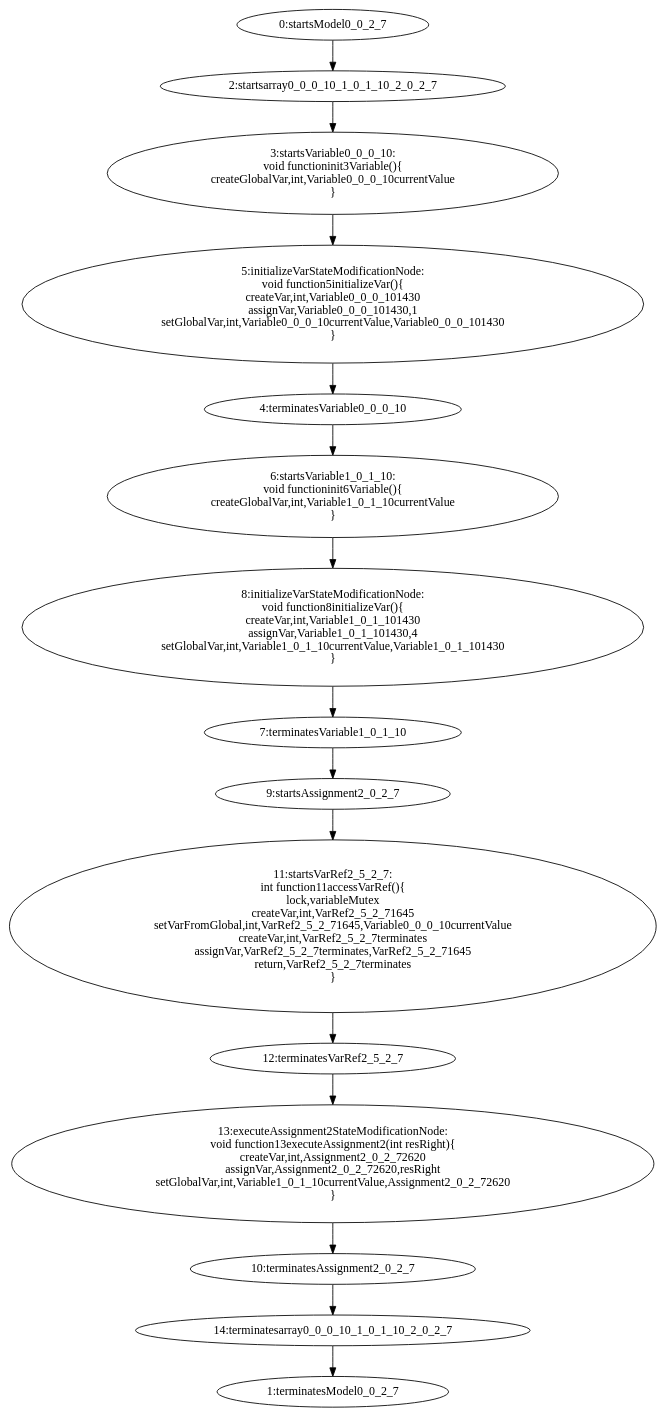
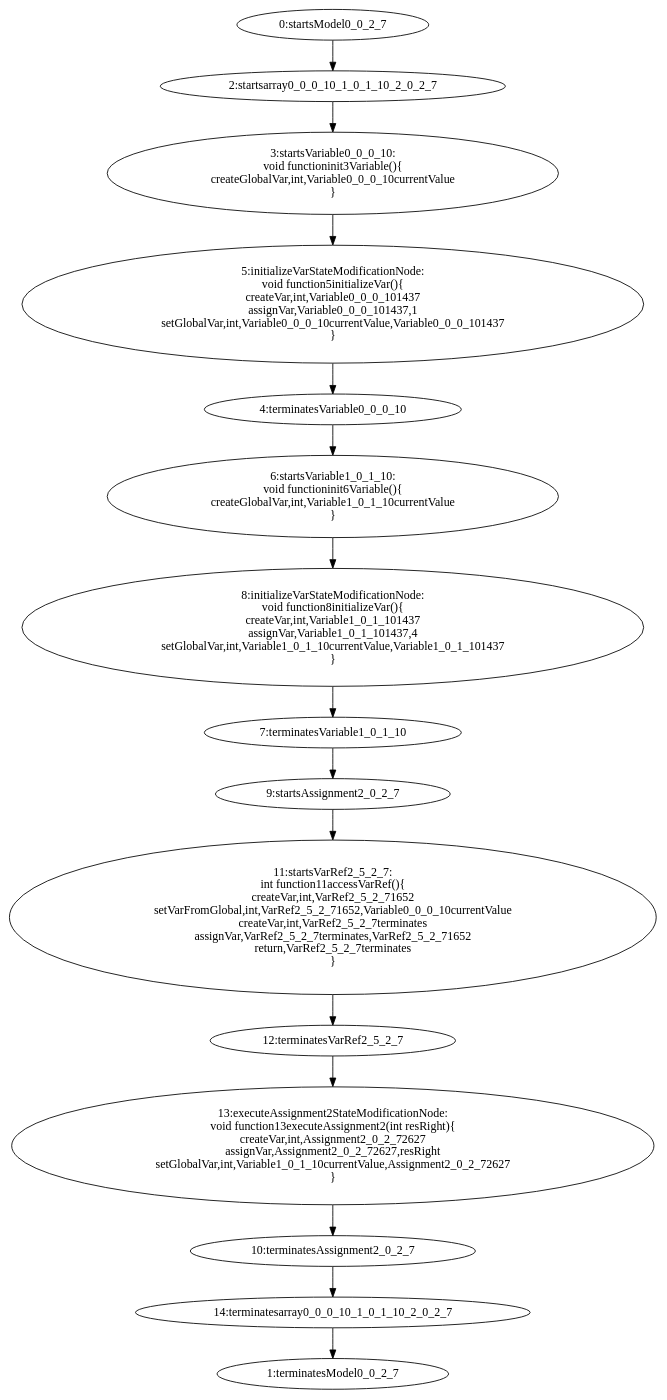
Before and after one commit to jdeantoni/TCOS.lang: the diagram in examples/programs/generated/testVarDecl.dot, drawn with Graphviz. The commit also changed 9 other files, not shown here.

```diff
--- a/examples/programs/generated/testVarDecl.dot
+++ b/examples/programs/generated/testVarDecl.dot
@@ -1,60 +1,59 @@
 digraph G {
   "0" [label="0:startsModel0_0_2_7" shape="ellipse" ];
   "1" [label="1:terminatesModel0_0_2_7" shape="ellipse" ];
   "2" [label="2:startsarray0_0_0_10_1_0_1_10_2_0_2_7" shape="ellipse" ];
   "3" [label="3:startsVariable0_0_0_10:
 void functioninit3Variable(){
 createGlobalVar,int,Variable0_0_0_10currentValue
 }" shape="ellipse" ];
   "4" [label="4:terminatesVariable0_0_0_10" shape="ellipse" ];
   "5" [label="5:initializeVarStateModificationNode:
 void function5initializeVar(){
-createVar,int,Variable0_0_0_101430
-assignVar,Variable0_0_0_101430,1
-setGlobalVar,int,Variable0_0_0_10currentValue,Variable0_0_0_101430
+createVar,int,Variable0_0_0_101437
+assignVar,Variable0_0_0_101437,1
+setGlobalVar,int,Variable0_0_0_10currentValue,Variable0_0_0_101437
 }" shape="ellipse" ];
   "6" [label="6:startsVariable1_0_1_10:
 void functioninit6Variable(){
 createGlobalVar,int,Variable1_0_1_10currentValue
 }" shape="ellipse" ];
   "7" [label="7:terminatesVariable1_0_1_10" shape="ellipse" ];
   "8" [label="8:initializeVarStateModificationNode:
 void function8initializeVar(){
-createVar,int,Variable1_0_1_101430
-assignVar,Variable1_0_1_101430,4
-setGlobalVar,int,Variable1_0_1_10currentValue,Variable1_0_1_101430
+createVar,int,Variable1_0_1_101437
+assignVar,Variable1_0_1_101437,4
+setGlobalVar,int,Variable1_0_1_10currentValue,Variable1_0_1_101437
 }" shape="ellipse" ];
   "9" [label="9:startsAssignment2_0_2_7" shape="ellipse" ];
   "10" [label="10:terminatesAssignment2_0_2_7" shape="ellipse" ];
   "11" [label="11:startsVarRef2_5_2_7:
 int function11accessVarRef(){
-lock,variableMutex
-createVar,int,VarRef2_5_2_71645
-setVarFromGlobal,int,VarRef2_5_2_71645,Variable0_0_0_10currentValue
+createVar,int,VarRef2_5_2_71652
+setVarFromGlobal,int,VarRef2_5_2_71652,Variable0_0_0_10currentValue
 createVar,int,VarRef2_5_2_7terminates
-assignVar,VarRef2_5_2_7terminates,VarRef2_5_2_71645
+assignVar,VarRef2_5_2_7terminates,VarRef2_5_2_71652
 return,VarRef2_5_2_7terminates
 }" shape="ellipse" ];
   "12" [label="12:terminatesVarRef2_5_2_7" shape="ellipse" ];
   "13" [label="13:executeAssignment2StateModificationNode:
 void function13executeAssignment2(int resRight){
-createVar,int,Assignment2_0_2_72620
-assignVar,Assignment2_0_2_72620,resRight
-setGlobalVar,int,Variable1_0_1_10currentValue,Assignment2_0_2_72620
+createVar,int,Assignment2_0_2_72627
+assignVar,Assignment2_0_2_72627,resRight
+setGlobalVar,int,Variable1_0_1_10currentValue,Assignment2_0_2_72627
 }" shape="ellipse" ];
   "14" [label="14:terminatesarray0_0_0_10_1_0_1_10_2_0_2_7" shape="ellipse" ];
   "0" -> "2" [label=""];
   "3" -> "5" [label=""];
   "5" -> "4" [label=""];
   "2" -> "3" [label=""];
   "6" -> "8" [label=""];
   "8" -> "7" [label=""];
   "4" -> "6" [label=""];
   "11" -> "12" [label=""];
   "9" -> "11" [label=""];
   "12" -> "13" [label=""];
   "13" -> "10" [label=""];
   "7" -> "9" [label=""];
   "10" -> "14" [label=""];
   "14" -> "1" [label=""];
 }
```
